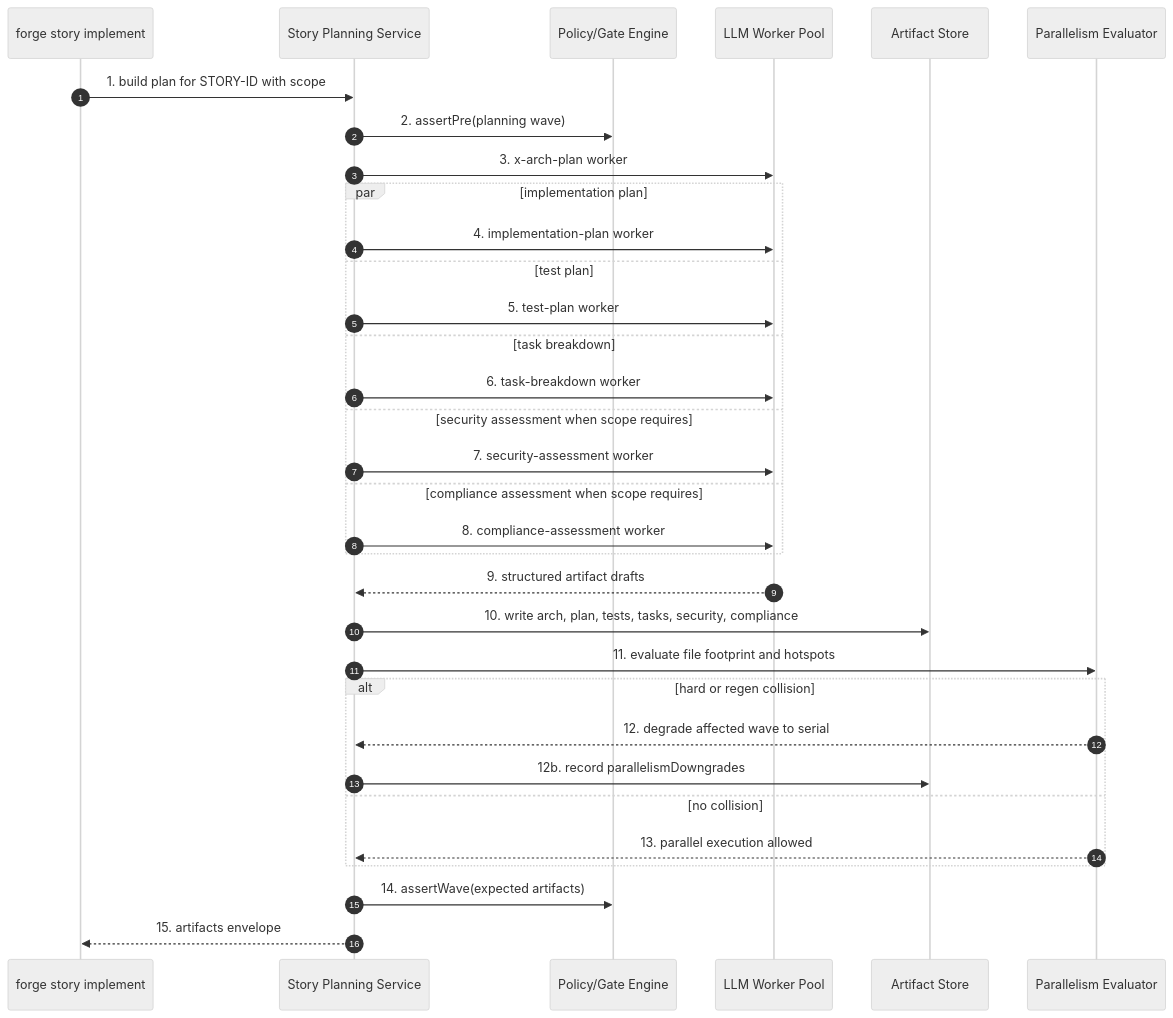
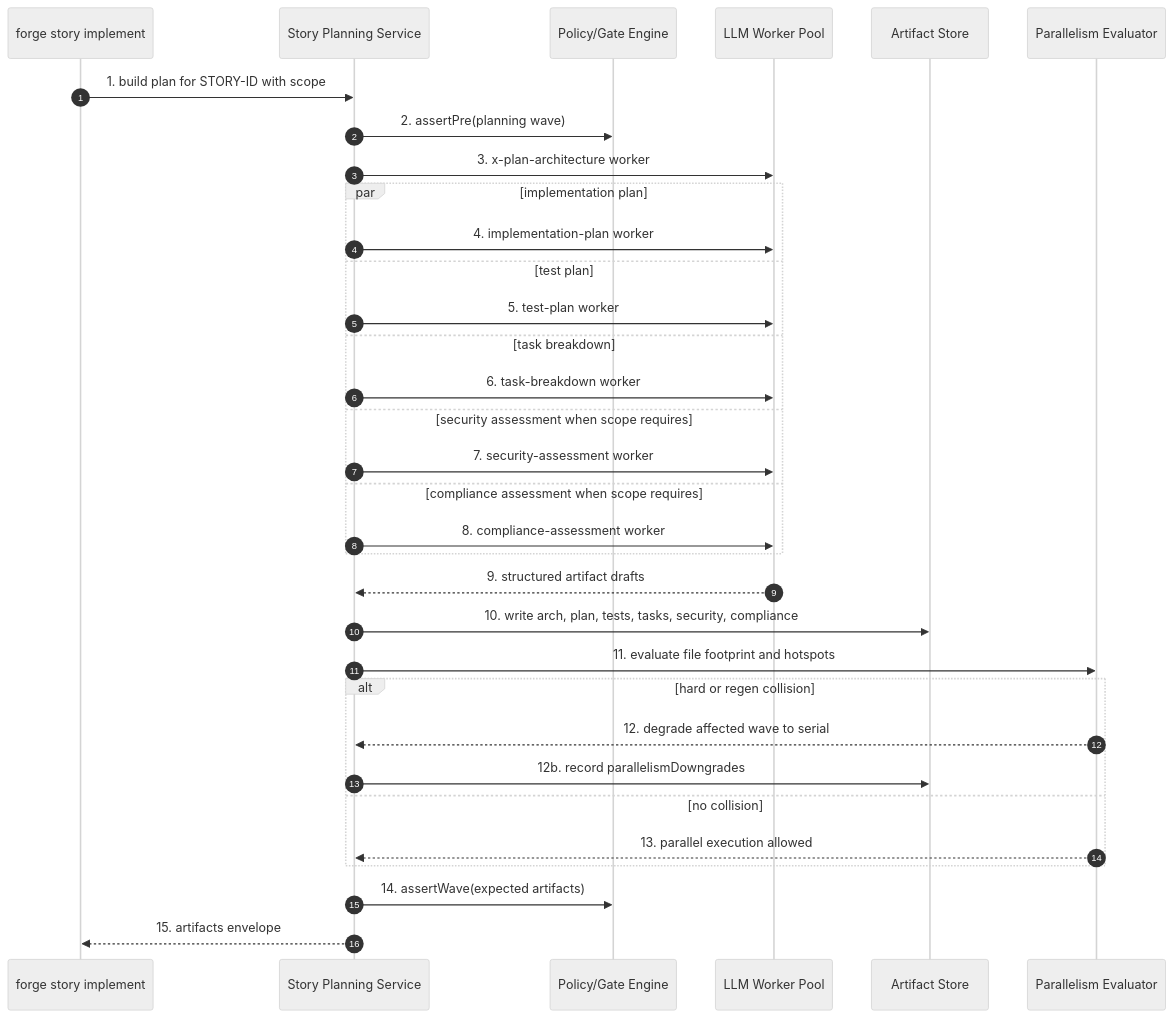
The third of 6 diagrams in docs/forge-strategic-plan-v2.md (review-bench/edercnj_ia-dev-environment), drawn with Mermaid (neutral theme) before and after one commit. The commit also changed other lines of this file and 310 other files, not shown here.

````diff
--- a/docs/forge-strategic-plan-v2.md
+++ b/docs/forge-strategic-plan-v2.md
@@ -504,36 +504,36 @@
 ```mermaid
 sequenceDiagram
   autonumber
   participant Story as forge story implement
   participant Plan as Story Planning Service
   participant Gate as Policy/Gate Engine
   participant LLM as LLM Worker Pool
   participant Art as Artifact Store
   participant Parallel as Parallelism Evaluator
 
   Story->>Plan: 1. build plan for STORY-ID with scope
   Plan->>Gate: 2. assertPre(planning wave)
-  Plan->>LLM: 3. x-arch-plan worker
+  Plan->>LLM: 3. x-plan-architecture worker
   par implementation plan
     Plan->>LLM: 4. implementation-plan worker
   and test plan
     Plan->>LLM: 5. test-plan worker
   and task breakdown
     Plan->>LLM: 6. task-breakdown worker
   and security assessment when scope requires
     Plan->>LLM: 7. security-assessment worker
   and compliance assessment when scope requires
     Plan->>LLM: 8. compliance-assessment worker
   end
   LLM-->>Plan: 9. structured artifact drafts
   Plan->>Art: 10. write arch, plan, tests, tasks, security, compliance
   Plan->>Parallel: 11. evaluate file footprint and hotspots
   alt hard or regen collision
     Parallel-->>Plan: 12. degrade affected wave to serial
     Plan->>Art: 12b. record parallelismDowngrades
   else no collision
     Parallel-->>Plan: 13. parallel execution allowed
   end
   Plan->>Gate: 14. assertWave(expected artifacts)
   Plan-->>Story: 15. artifacts envelope
 ```
````
